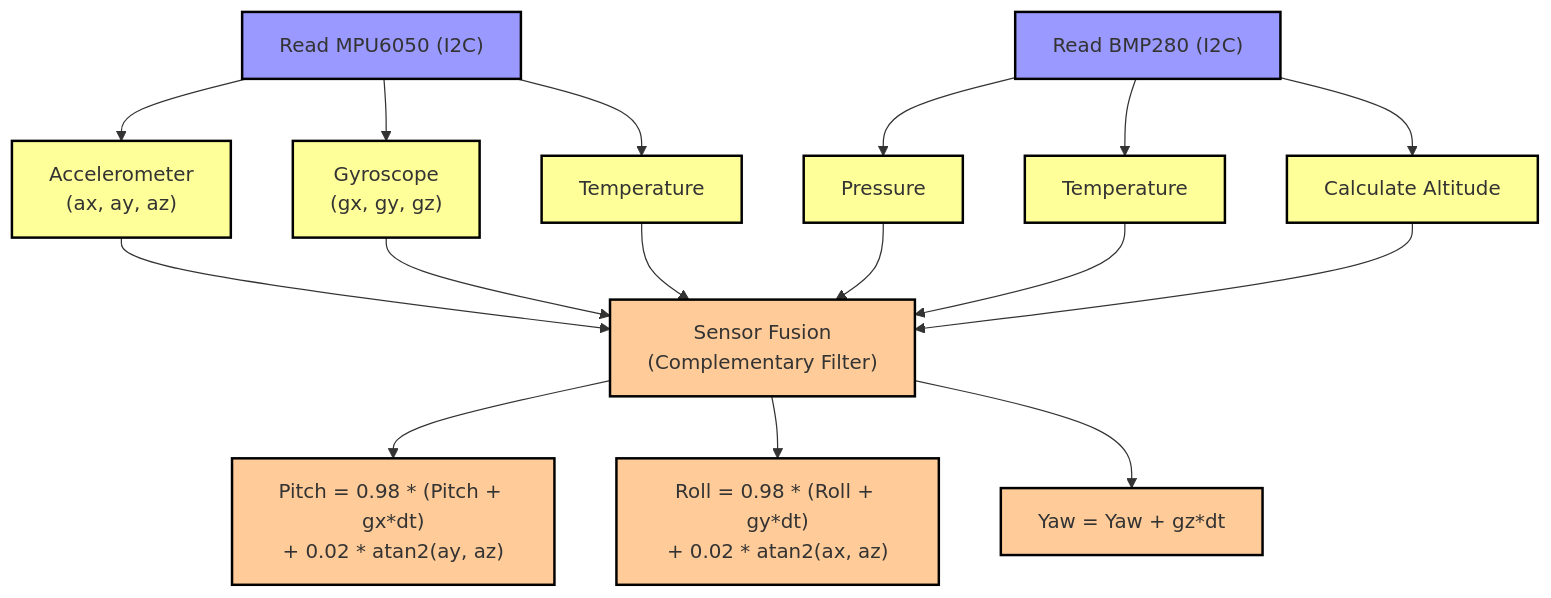
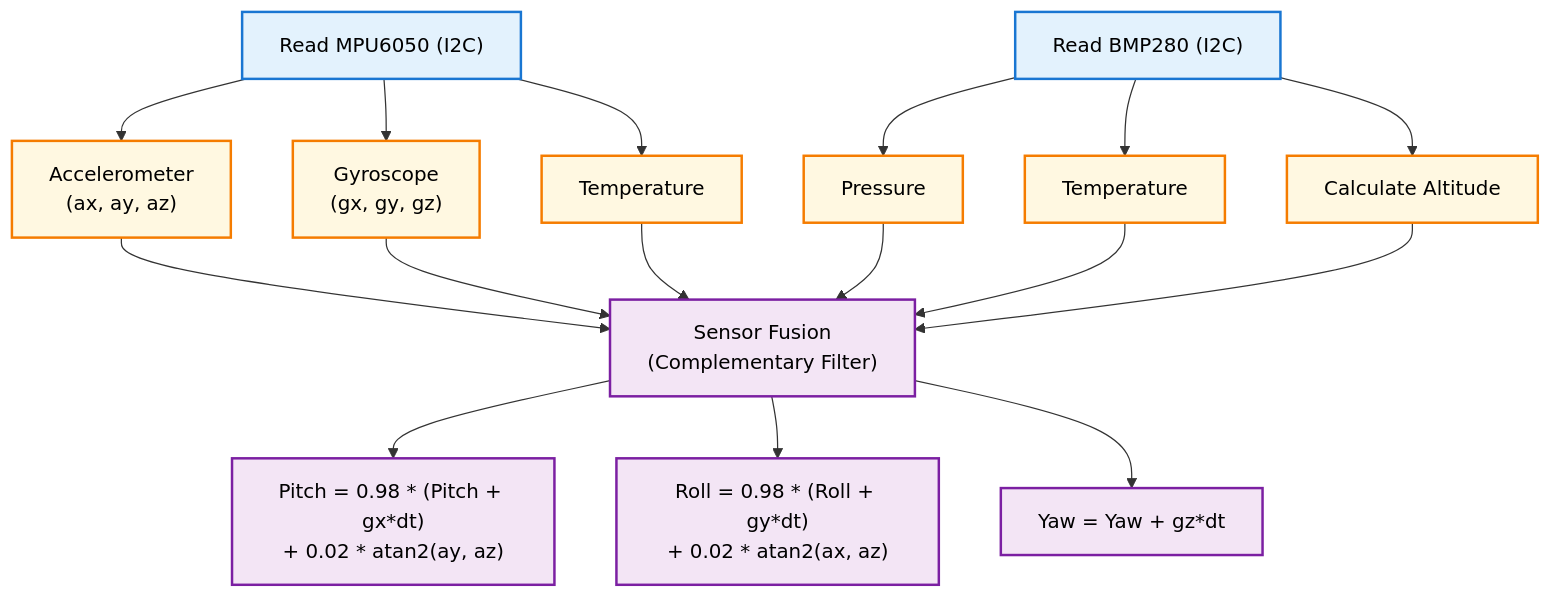
The third of 3 diagrams in README.md (ficrammanifur/esp32-drone), drawn with Mermaid before and after one commit. The commit also changed other lines of this file, not shown here.

````diff
--- a/README.md
+++ b/README.md
@@ -320,39 +318,36 @@
 ```mermaid
 flowchart TD
     READ_MPU["Read MPU6050 (I2C)"]
     ACCEL["Accelerometer<br/>(ax, ay, az)"]
     GYRO["Gyroscope<br/>(gx, gy, gz)"]
     TEMP_MPU["Temperature"]
     READ_BMP["Read BMP280 (I2C)"]
     PRESSURE["Pressure"]
     TEMP_BMP["Temperature"]
     CALC_ALT["Calculate Altitude"]
     SENSOR_FUSION["Sensor Fusion<br/>(Complementary Filter)"]
     PITCH_FORMULA["Pitch = 0.98 * (Pitch + gx*dt)<br/>+ 0.02 * atan2(ay, az)"]
     ROLL_FORMULA["Roll = 0.98 * (Roll + gy*dt)<br/>+ 0.02 * atan2(ax, az)"]
     YAW_FORMULA["Yaw = Yaw + gz*dt"]
-
     READ_MPU --> ACCEL
     READ_MPU --> GYRO
     READ_MPU --> TEMP_MPU
     READ_BMP --> PRESSURE
     READ_BMP --> TEMP_BMP
     READ_BMP --> CALC_ALT
     ACCEL --> SENSOR_FUSION
     GYRO --> SENSOR_FUSION
     TEMP_MPU --> SENSOR_FUSION
     PRESSURE --> SENSOR_FUSION
     TEMP_BMP --> SENSOR_FUSION
     CALC_ALT --> SENSOR_FUSION
     SENSOR_FUSION --> PITCH_FORMULA
     SENSOR_FUSION --> ROLL_FORMULA
     SENSOR_FUSION --> YAW_FORMULA
-
-    classDef read fill:#9999ff,stroke:#000,stroke-width:2px
-    classDef data fill:#ffff99,stroke:#000,stroke-width:2px
-    classDef fusion fill:#ffcc99,stroke:#000,stroke-width:2px
-
+    classDef read fill:#e3f2fd,stroke:#1976d2,stroke-width:2px,color:#000
+    classDef data fill:#fff8e1,stroke:#f57c00,stroke-width:2px,color:#000
+    classDef fusion fill:#f3e5f5,stroke:#7b1fa2,stroke-width:2px,color:#000
     class READ_MPU,READ_BMP read
     class ACCEL,GYRO,TEMP_MPU,PRESSURE,TEMP_BMP,CALC_ALT data
     class SENSOR_FUSION,PITCH_FORMULA,ROLL_FORMULA,YAW_FORMULA fusion
 ```
````
